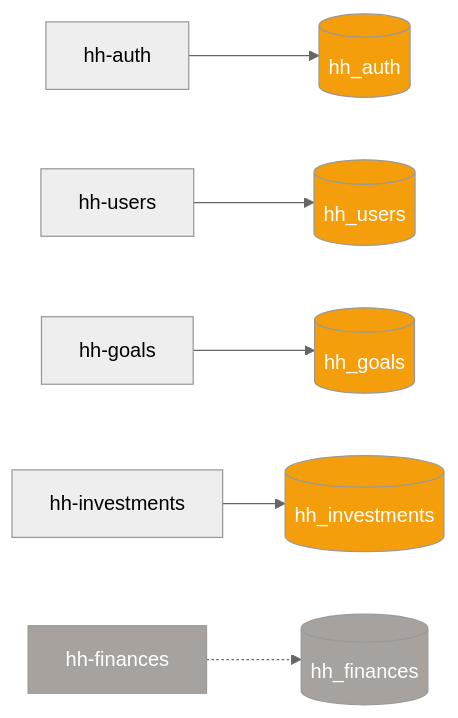
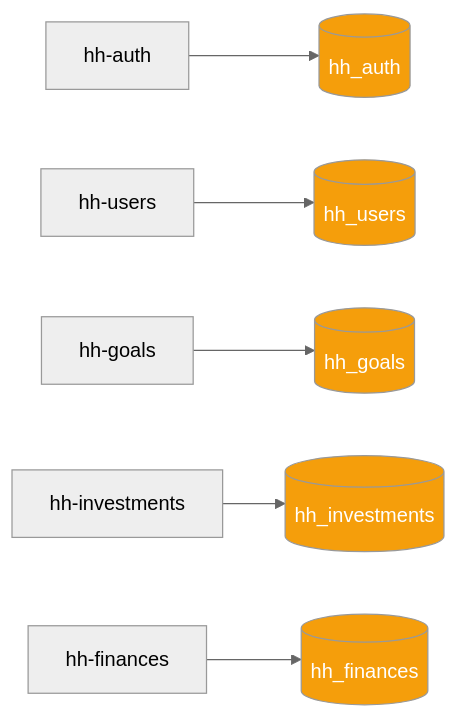
Before and after one commit to tiagorocha94/hh-docs: the third of 3 diagrams in docs/architecture.md, drawn with Mermaid (neutral theme). The commit also changed other lines of this file and 4 other files, not shown here.

````diff
--- a/docs/architecture.md
+++ b/docs/architecture.md
@@ -132,15 +132,14 @@
 ```mermaid
 graph LR
     AUTH[hh-auth] --> DB_AUTH[(hh_auth)]
     USERS[hh-users] --> DB_USERS[(hh_users)]
     GOALS[hh-goals] --> DB_GOALS[(hh_goals)]
     INV[hh-investments] --> DB_INV[(hh_investments)]
-    EXP[hh-finances] -.-> DB_EXP[(hh_finances)]
+    FIN[hh-finances] --> DB_FIN[(hh_finances)]
 
     style DB_AUTH fill:#f59e0b,color:#fff
     style DB_USERS fill:#f59e0b,color:#fff
     style DB_GOALS fill:#f59e0b,color:#fff
     style DB_INV fill:#f59e0b,color:#fff
-    style DB_EXP fill:#a8a29e,color:#fff
-    style EXP fill:#a8a29e,color:#fff
+    style DB_FIN fill:#f59e0b,color:#fff
 ```
````
